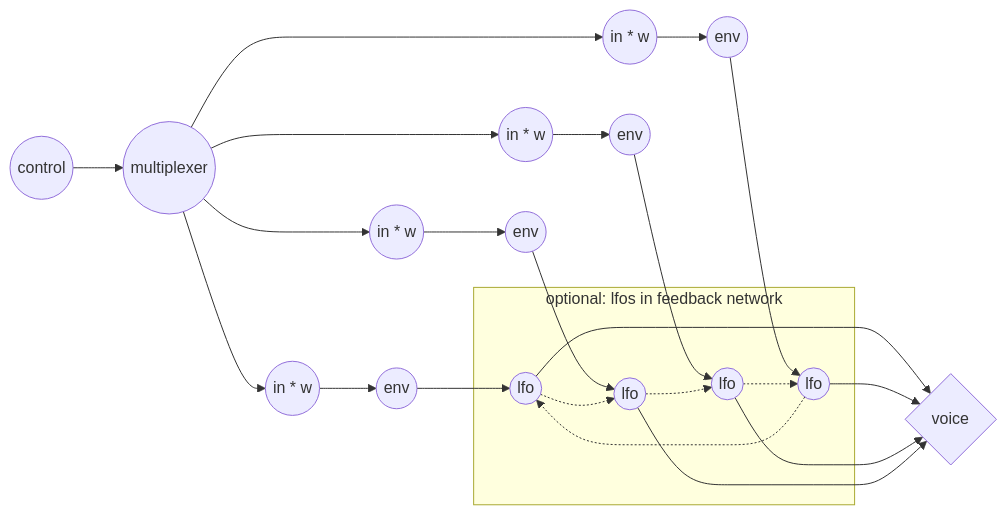
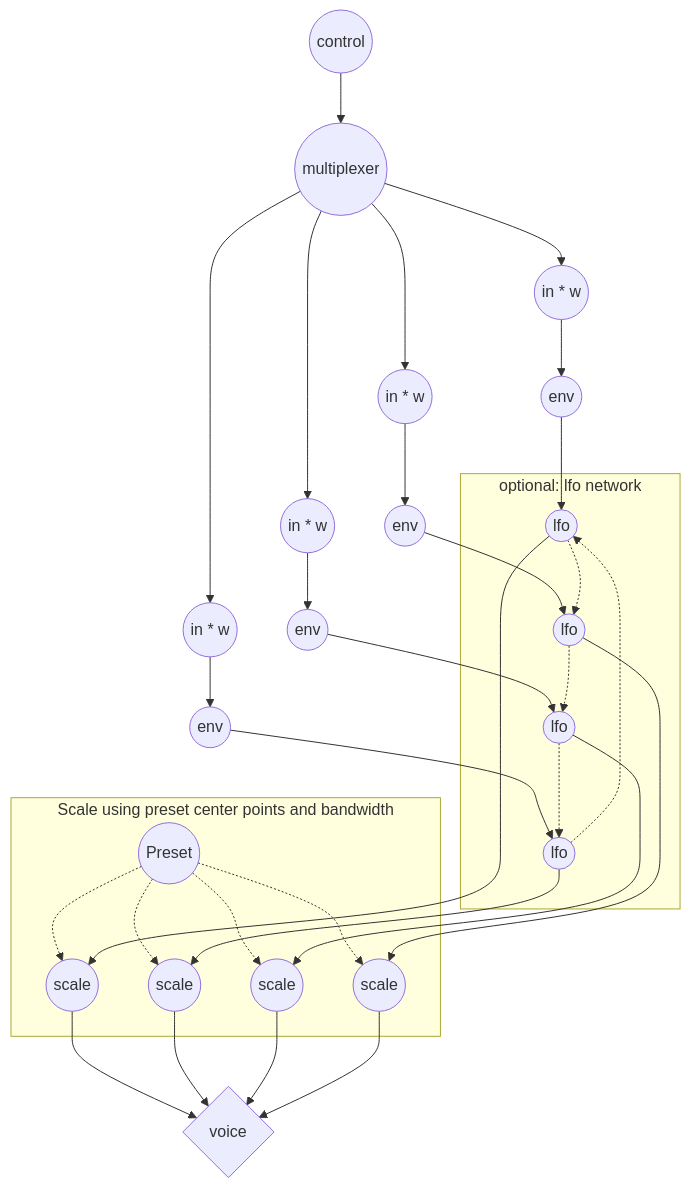
The third of 7 diagrams in content/projects/vortex.md (madskjeldgaard/web), drawn with Mermaid before and after one commit. The commit also changed other lines of this file and 1 other file, not shown here.

```diff
--- a/content/projects/vortex.md
+++ b/content/projects/vortex.md
@@ -136,42 +137,55 @@
 {{<mermaid>}}
-graph LR
+graph TB
 
 M((multiplexer)) 
 C((control)) 
 
 W1((in * w))
 W2((in * w))
 W3((in * w))
 W4((in * w))
 
 E1((env))
 E2((env))
 E3((env))
 E4((env))
 
 L1((lfo))
 L2((lfo))
 L3((lfo))
 L4((lfo))
 
+P((Preset))
+SC1((scale))
+SC2((scale))
+SC3((scale))
+SC4((scale))
+
 O{voice}
 
 C --> M
 M --> W1 --> E1 --> L1
 M --> W2 --> E2 --> L2
 M --> W3 --> E3 --> L3
 M --> W4 --> E4 --> L4
 
-subgraph "optional: lfos in feedback network"
+subgraph "optional: lfo network"
 L1 -.-> L4
 L2 -.-> L1
 L3 -.-> L2
 L4 -.-> L3
 end
 
-L1 --> O
-L2 --> O
-L3 --> O
-L4 --> O
+subgraph "Scale using preset center points and bandwidth"
+P -.-> SC1
+P -.-> SC2
+P -.-> SC3
+P -.-> SC4
+end
+
+L1 --> SC1 --> O
+L2 --> SC2 --> O
+L3 --> SC3 --> O
+L4 --> SC4 --> O
 
 {{</mermaid>}}
```
